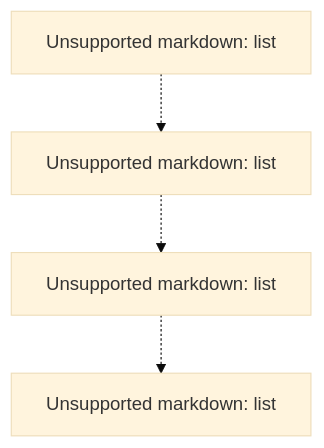
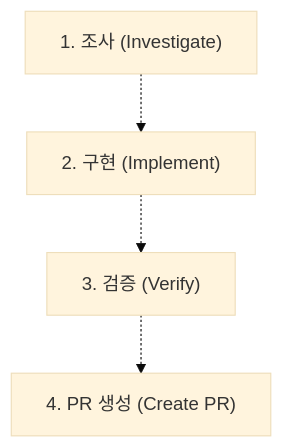
One commit to felipetruman/oh-my-opencode-docs changed the sixth of 10 diagrams in docs/agents/github-workflow-integration.md. Above: the diagram before and after it, drawn with Mermaid (base theme). The commit also changed other lines of this file and 76 other files, not shown here.

````diff
--- a/docs/agents/github-workflow-integration.md
+++ b/docs/agents/github-workflow-integration.md
@@ -353,12 +353,12 @@
 ```mermaid
 flowchart TD
 
-Investigate["Unsupported markdown: list"]
-Implement["Unsupported markdown: list"]
-Verify["Unsupported markdown: list"]
-CreatePR["Unsupported markdown: list"]
+Investigate["1. 조사 (Investigate)"]
+Implement["2. 구현 (Implement)"]
+Verify["3. 검증 (Verify)"]
+CreatePR["4. PR 생성 (Create PR)"]
 
 Investigate -.-> Implement
 Implement -.-> Verify
 Verify -.-> CreatePR
 ```
````
